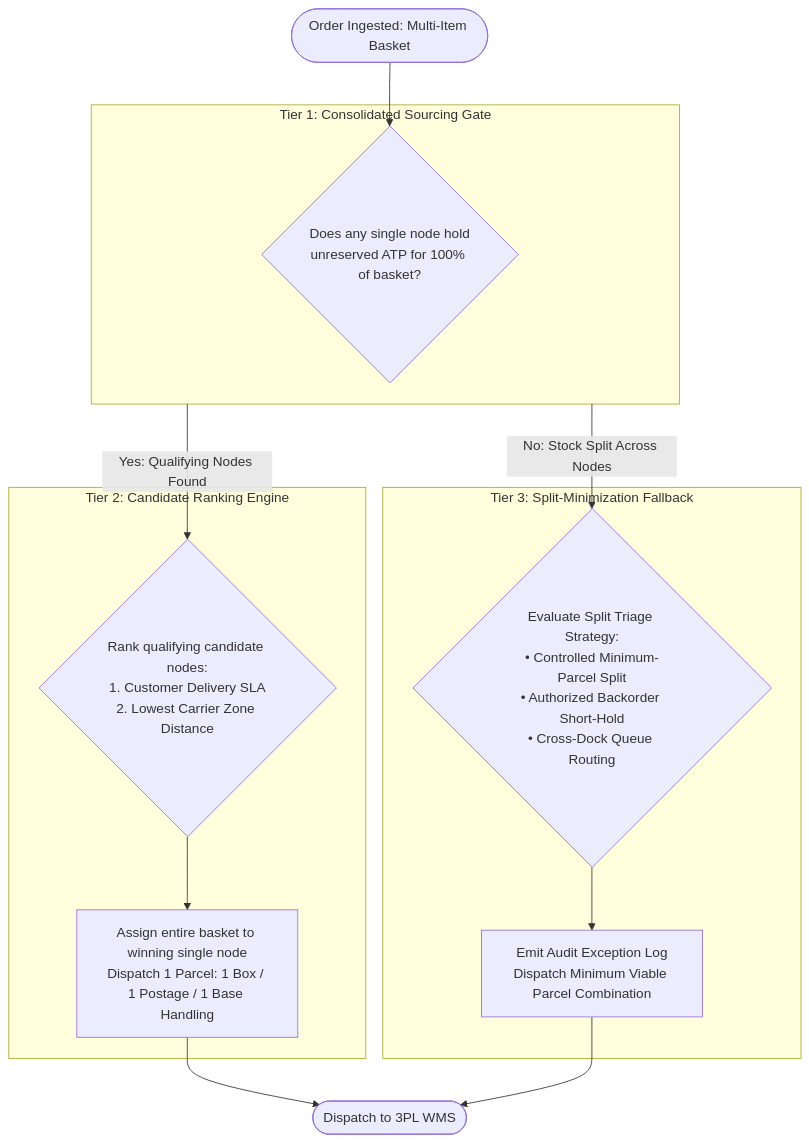
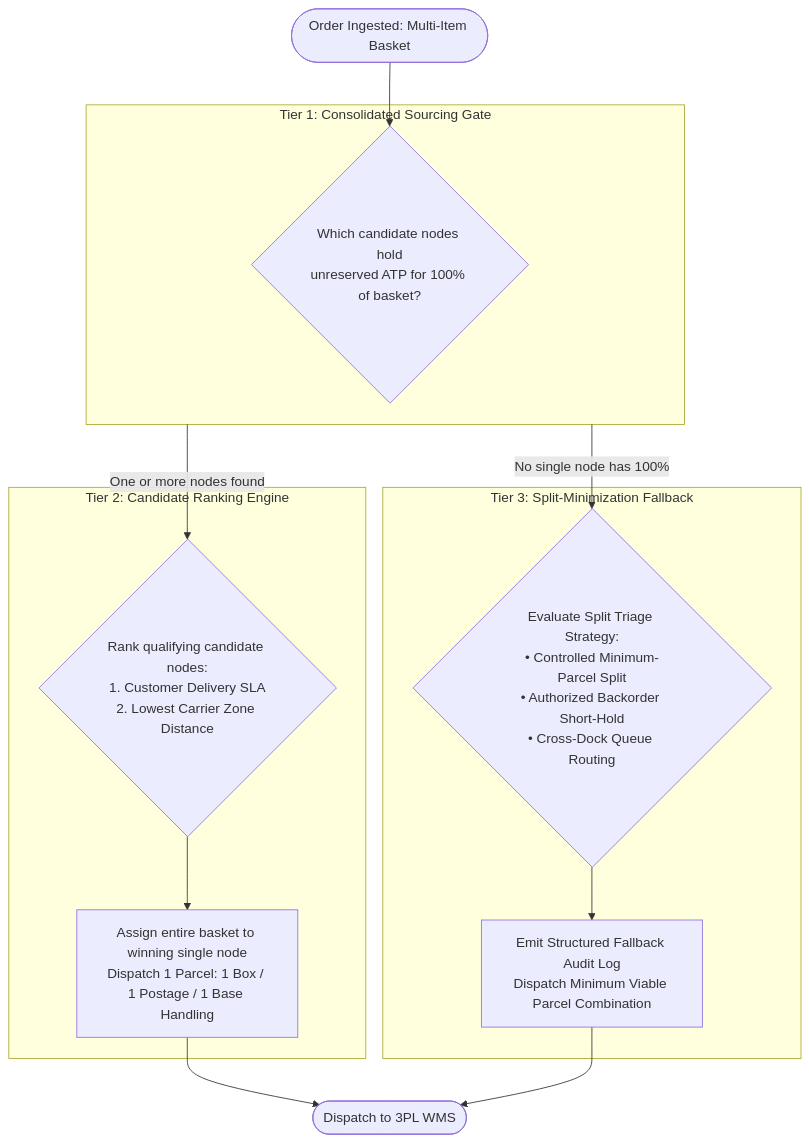
The third of 3 diagrams in master-dossiers/MasterDossier-Domain2-MultiNodeLogisticsRouting.md (riovicsusas/portfolio), drawn with Mermaid before and after one commit. The commit also changed other lines of this file and 1 other file, not shown here.

````diff
--- a/master-dossiers/MasterDossier-Domain2-MultiNodeLogisticsRouting.md
+++ b/master-dossiers/MasterDossier-Domain2-MultiNodeLogisticsRouting.md
@@ -379,24 +450,24 @@
 ```mermaid
 flowchart TD
     R(["Order Ingested: Multi-Item Basket"]) --> T1
 
     subgraph Tier1["Tier 1: Consolidated Sourcing Gate"]
-        T1{"Does any single node hold<br>unreserved ATP for 100% of basket?"}
+        T1{"Which candidate nodes hold<br>unreserved ATP for 100% of basket?"}
     end
 
-    Tier1 -- "Yes: Qualifying Nodes Found" --> T2
-    Tier1 -- "No: Stock Split Across Nodes" --> T3
+    Tier1 -- "One or more nodes found" --> T2
+    Tier1 -- "No single node has 100%" --> T3
 
     subgraph Tier2["Tier 2: Candidate Ranking Engine"]
         T2{"Rank qualifying candidate nodes:<br>1. Customer Delivery SLA<br>2. Lowest Carrier Zone Distance"}
         T2 --> A1["Assign entire basket to winning single node<br>Dispatch 1 Parcel: 1 Box / 1 Postage / 1 Base Handling"]
     end
 
     subgraph Tier3["Tier 3: Split-Minimization Fallback"]
         T3{"Evaluate Split Triage Strategy:<br>• Controlled Minimum-Parcel Split<br>• Authorized Backorder Short-Hold<br>• Cross-Dock Queue Routing"}
-        T3 --> A2["Emit Audit Exception Log<br>Dispatch Minimum Viable Parcel Combination"]
+        T3 --> A2["Emit Structured Fallback Audit Log<br>Dispatch Minimum Viable Parcel Combination"]
     end
 
     A1 --> Done(["Dispatch to 3PL WMS"])
     A2 --> Done
 ```
````
